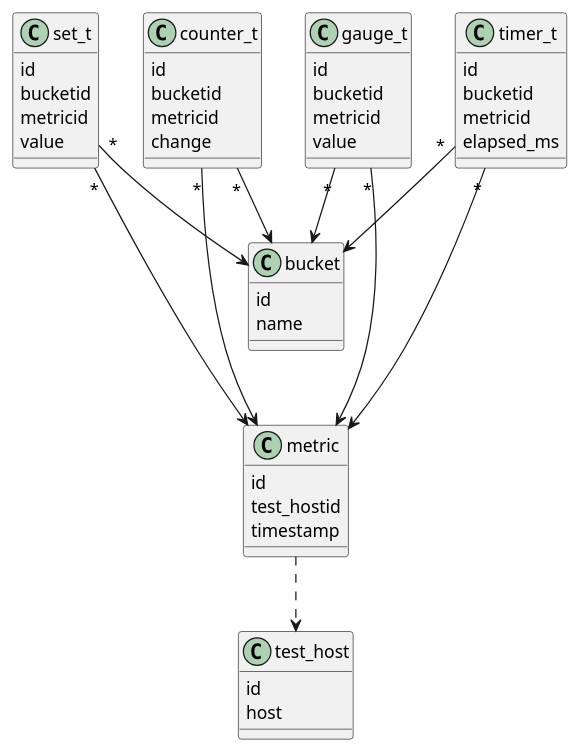
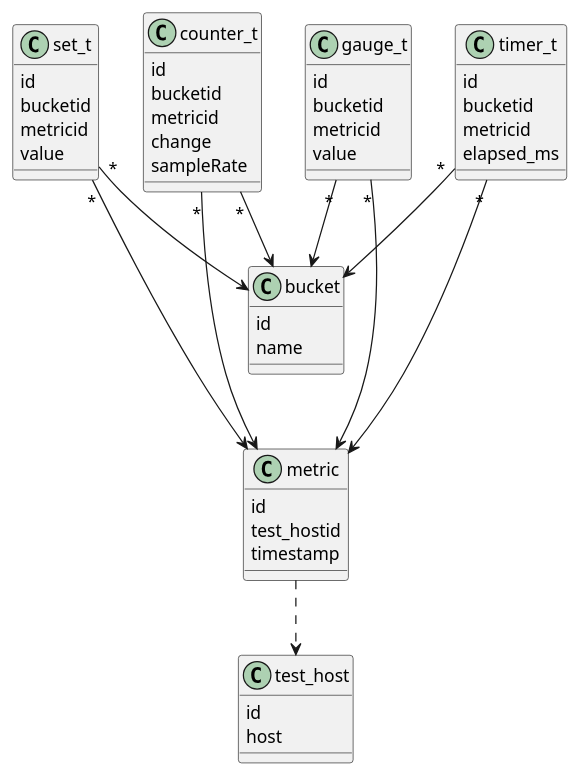
Before and after one commit to joakim-brannstrom/metric_factory: the diagram in doc/db_schema.pu, drawn with PlantUML.

Commit message:
Update schema design

```diff
--- a/doc/db_schema.pu
+++ b/doc/db_schema.pu
@@ -1,59 +1,60 @@
 @startuml
 class metric {
     id
     test_hostid
     timestamp
 }
 
 class bucket {
     id
     name
 }
 
 class test_host {
     id
     host
 }
 
 class counter_t {
     id
     bucketid
     metricid
     change
+    sampleRate
 }
 
 class gauge_t {
     id
     bucketid
     metricid
     value
 }
 
 class timer_t {
     id
     bucketid
     metricid
     elapsed_ms
 }
 
 class set_t {
     id
     bucketid
     metricid
     value
 }
 
 metric ..> test_host
 
 counter_t "*" ---> metric
 counter_t "*" --> bucket
 
 gauge_t "*" ---> metric
 gauge_t "*" --> bucket
 
 timer_t "*" ---> metric
 timer_t "*" --> bucket
 
 set_t "*" ---> metric
 set_t "*" --> bucket
 @enduml
```
